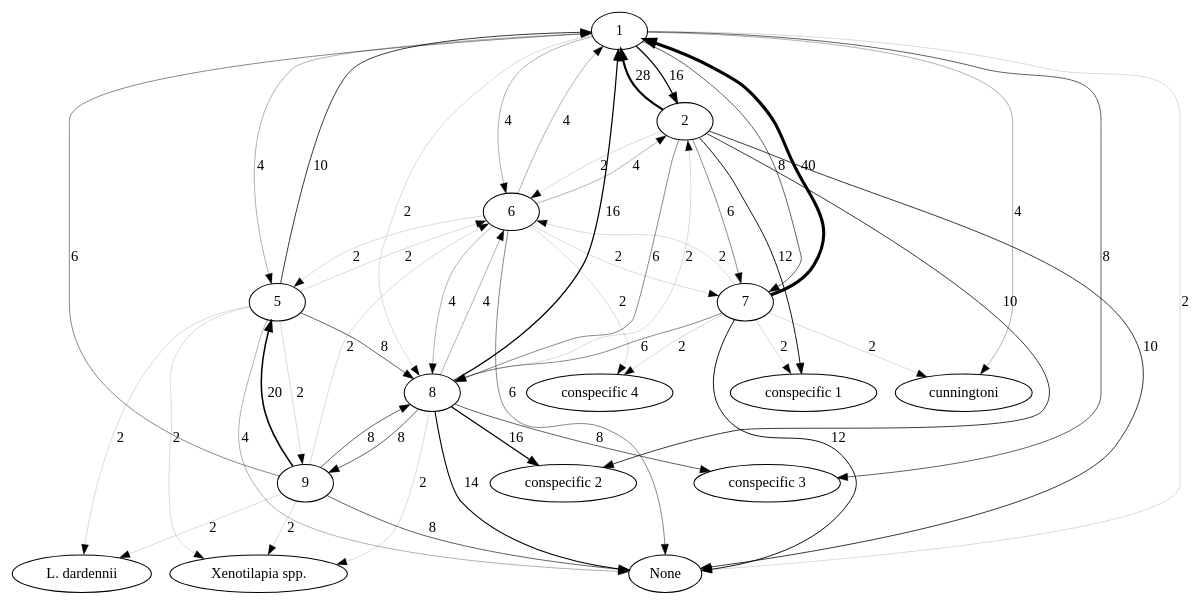
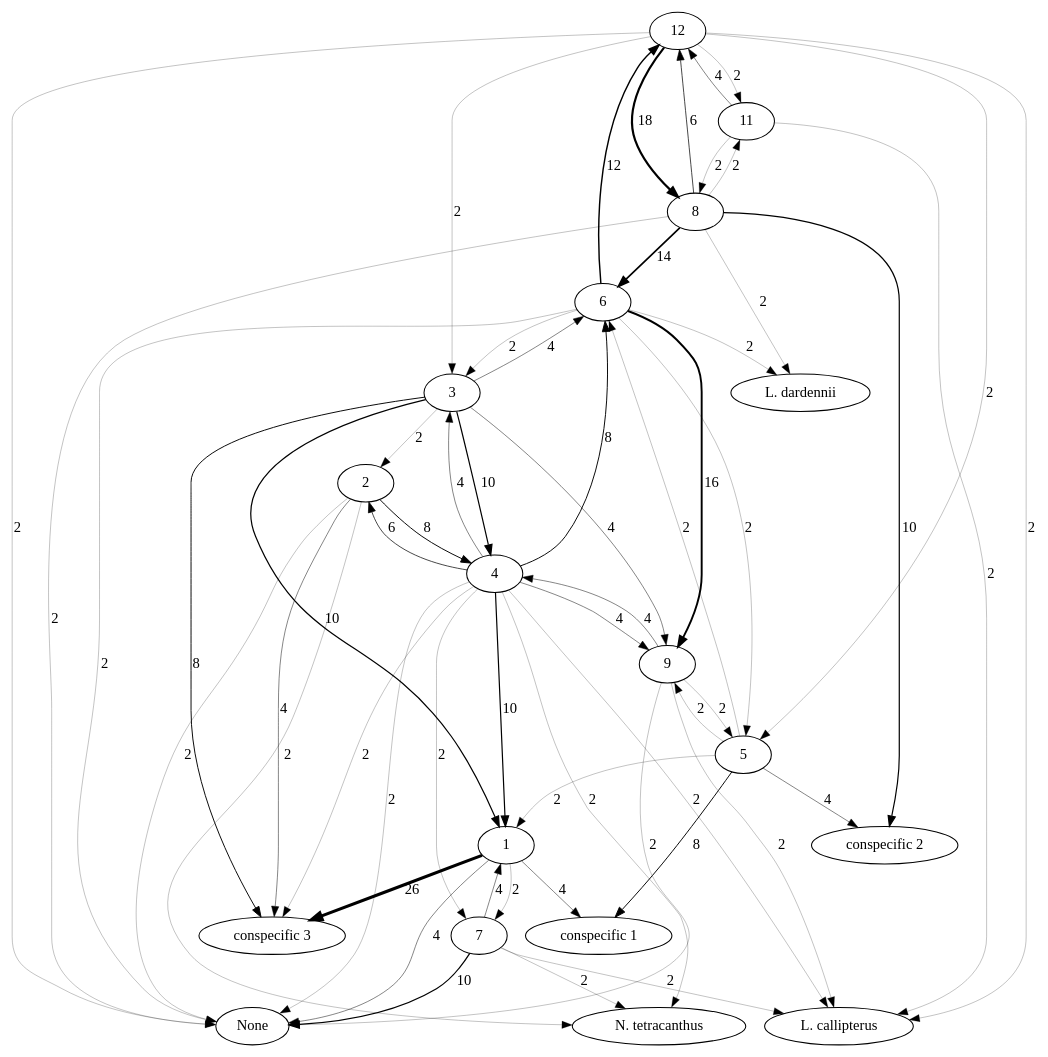
Before and after one commit to nicolkraus/AnalyzeBehavior: the diagram in images/interactions.gv, drawn with Graphviz. The commit also changed 6 other files, not shown here.

```diff
--- a/images/interactions.gv
+++ b/images/interactions.gv
@@ -1,68 +1,78 @@
 strict digraph  {
 1;
+7;
+None;
+"conspecific 1";
+"conspecific 3";
+11;
+12;
+8;
+"L. callipterus";
+3;
+5;
 2;
-5;
+4;
+"N. tetracanthus";
 6;
-7;
-8;
-None;
-"conspecific 3";
-cunningtoni;
-"conspecific 1";
+9;
 "conspecific 2";
-9;
 "L. dardennii";
-"Xenotilapia spp.";
-"conspecific 4";
-1 -> 2  [label=16, penwidth="1.2"];
-1 -> 5  [label=4, penwidth="0.3"];
-1 -> 6  [label=4, penwidth="0.3"];
-1 -> 7  [label=8, penwidth="0.6"];
-1 -> 8  [label=2, penwidth="0.15"];
-1 -> None  [label=2, penwidth="0.15"];
-1 -> "conspecific 3"  [label=8, penwidth="0.6"];
-1 -> cunningtoni  [label=4, penwidth="0.3"];
-2 -> 1  [label=28, penwidth="2.1"];
-2 -> 6  [label=2, penwidth="0.15"];
-2 -> 7  [label=6, penwidth="0.45"];
-2 -> 8  [label=6, penwidth="0.45"];
-2 -> None  [label=10, penwidth="0.75"];
-2 -> "conspecific 1"  [label=12, penwidth="0.9"];
-2 -> "conspecific 2"  [label=10, penwidth="0.75"];
-5 -> 1  [label=10, penwidth="0.75"];
-5 -> 6  [label=2, penwidth="0.15"];
-5 -> 8  [label=8, penwidth="0.6"];
-5 -> 9  [label=2, penwidth="0.15"];
-5 -> "L. dardennii"  [label=2, penwidth="0.15"];
-5 -> None  [label=4, penwidth="0.3"];
-5 -> "Xenotilapia spp."  [label=2, penwidth="0.15"];
-6 -> 1  [label=4, penwidth="0.3"];
-6 -> 2  [label=4, penwidth="0.3"];
-6 -> 5  [label=2, penwidth="0.15"];
-6 -> 7  [label=2, penwidth="0.15"];
-6 -> 8  [label=4, penwidth="0.3"];
-6 -> None  [label=6, penwidth="0.45"];
-6 -> "conspecific 4"  [label=2, penwidth="0.15"];
-7 -> 1  [label=40, penwidth="3.0"];
-7 -> 6  [label=2, penwidth="0.15"];
-7 -> 8  [label=6, penwidth="0.45"];
-7 -> None  [label=12, penwidth="0.9"];
-7 -> "conspecific 1"  [label=2, penwidth="0.15"];
-7 -> "conspecific 4"  [label=2, penwidth="0.15"];
-7 -> cunningtoni  [label=2, penwidth="0.15"];
-8 -> 1  [label=16, penwidth="1.2"];
-8 -> 2  [label=2, penwidth="0.15"];
-8 -> 6  [label=4, penwidth="0.3"];
-8 -> 9  [label=8, penwidth="0.6"];
-8 -> None  [label=14, penwidth="1.05"];
-8 -> "Xenotilapia spp."  [label=2, penwidth="0.15"];
-8 -> "conspecific 2"  [label=16, penwidth="1.2"];
-8 -> "conspecific 3"  [label=8, penwidth="0.6"];
-9 -> 1  [label=6, penwidth="0.45"];
-9 -> 5  [label=20, penwidth="1.5"];
-9 -> 6  [label=2, penwidth="0.15"];
-9 -> 8  [label=8, penwidth="0.6"];
-9 -> "L. dardennii"  [label=2, penwidth="0.15"];
-9 -> None  [label=8, penwidth="0.6"];
-9 -> "Xenotilapia spp."  [label=2, penwidth="0.15"];
+1 -> 7  [label=2, penwidth="0.23076923076923078"];
+1 -> None  [label=4, penwidth="0.46153846153846156"];
+1 -> "conspecific 1"  [label=4, penwidth="0.46153846153846156"];
+1 -> "conspecific 3"  [label=26, penwidth="3.0"];
+7 -> 1  [label=4, penwidth="0.46153846153846156"];
+7 -> "L. callipterus"  [label=2, penwidth="0.23076923076923078"];
+7 -> "N. tetracanthus"  [label=2, penwidth="0.23076923076923078"];
+7 -> None  [label=10, penwidth="1.1538461538461537"];
+11 -> 12  [label=4, penwidth="0.46153846153846156"];
+11 -> 8  [label=2, penwidth="0.23076923076923078"];
+11 -> "L. callipterus"  [label=2, penwidth="0.23076923076923078"];
+12 -> 11  [label=2, penwidth="0.23076923076923078"];
+12 -> 3  [label=2, penwidth="0.23076923076923078"];
+12 -> 5  [label=2, penwidth="0.23076923076923078"];
+12 -> 8  [label=18, penwidth="2.076923076923077"];
+12 -> "L. callipterus"  [label=2, penwidth="0.23076923076923078"];
+12 -> None  [label=2, penwidth="0.23076923076923078"];
+8 -> 11  [label=2, penwidth="0.23076923076923078"];
+8 -> 12  [label=6, penwidth="0.6923076923076923"];
+8 -> 6  [label=14, penwidth="1.6153846153846154"];
+8 -> "L. dardennii"  [label=2, penwidth="0.23076923076923078"];
+8 -> None  [label=2, penwidth="0.23076923076923078"];
+8 -> "conspecific 2"  [label=10, penwidth="1.1538461538461537"];
+3 -> 1  [label=10, penwidth="1.1538461538461537"];
+3 -> 2  [label=2, penwidth="0.23076923076923078"];
+3 -> 4  [label=10, penwidth="1.1538461538461537"];
+3 -> 6  [label=4, penwidth="0.46153846153846156"];
+3 -> 9  [label=4, penwidth="0.46153846153846156"];
+3 -> "conspecific 3"  [label=8, penwidth="0.9230769230769231"];
+5 -> 1  [label=2, penwidth="0.23076923076923078"];
+5 -> 6  [label=2, penwidth="0.23076923076923078"];
+5 -> 9  [label=2, penwidth="0.23076923076923078"];
+5 -> "conspecific 1"  [label=8, penwidth="0.9230769230769231"];
+5 -> "conspecific 2"  [label=4, penwidth="0.46153846153846156"];
+2 -> 4  [label=8, penwidth="0.9230769230769231"];
+2 -> "N. tetracanthus"  [label=2, penwidth="0.23076923076923078"];
+2 -> None  [label=2, penwidth="0.23076923076923078"];
+2 -> "conspecific 3"  [label=4, penwidth="0.46153846153846156"];
+4 -> 1  [label=10, penwidth="1.1538461538461537"];
+4 -> 2  [label=6, penwidth="0.6923076923076923"];
+4 -> 3  [label=4, penwidth="0.46153846153846156"];
+4 -> 6  [label=8, penwidth="0.9230769230769231"];
+4 -> 7  [label=2, penwidth="0.23076923076923078"];
+4 -> 9  [label=4, penwidth="0.46153846153846156"];
+4 -> "L. callipterus"  [label=2, penwidth="0.23076923076923078"];
+4 -> "N. tetracanthus"  [label=2, penwidth="0.23076923076923078"];
+4 -> None  [label=2, penwidth="0.23076923076923078"];
+4 -> "conspecific 3"  [label=2, penwidth="0.23076923076923078"];
+6 -> 12  [label=12, penwidth="1.3846153846153846"];
+6 -> 3  [label=2, penwidth="0.23076923076923078"];
+6 -> 5  [label=2, penwidth="0.23076923076923078"];
+6 -> 9  [label=16, penwidth="1.8461538461538463"];
+6 -> "L. dardennii"  [label=2, penwidth="0.23076923076923078"];
+6 -> None  [label=2, penwidth="0.23076923076923078"];
+9 -> 4  [label=4, penwidth="0.46153846153846156"];
+9 -> 5  [label=2, penwidth="0.23076923076923078"];
+9 -> "L. callipterus"  [label=2, penwidth="0.23076923076923078"];
+9 -> None  [label=2, penwidth="0.23076923076923078"];
 }
```
